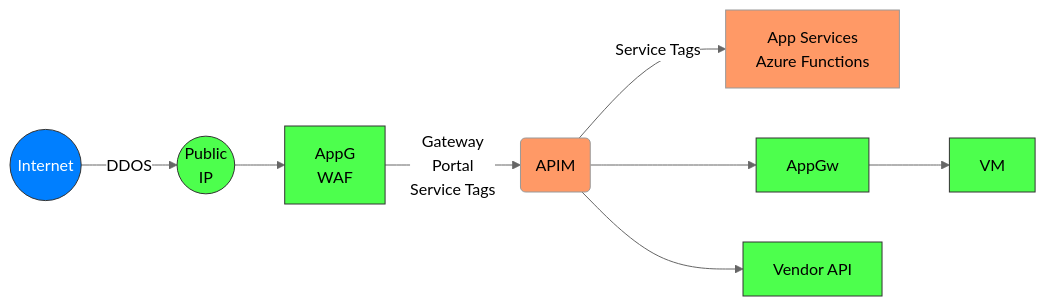
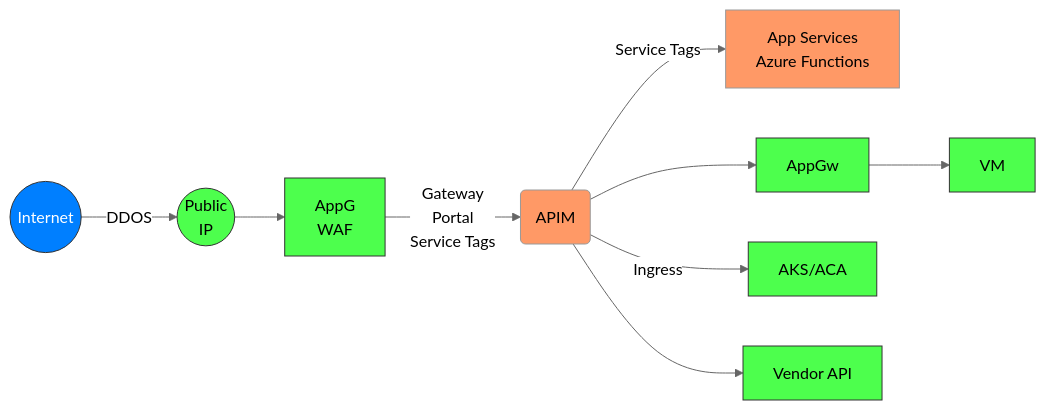
One commit to msalemor/azure-apim-networking changed the second of 2 diagrams in README.md. Above: the diagram before and after it, drawn with Mermaid (neutral theme). The commit also changed other lines of this file, not shown here.

````diff
--- a/README.md
+++ b/README.md
@@ -34,16 +35,17 @@
 ```mermaid
 graph LR;
     A((Internet))--DDOS-->X((Public<br/>IP));
     X-->Z;
     Z[AppG<br/>WAF];
     Z--Gateway<br/>Portal<br/>Service Tags-->B(APIM);
     B--Service Tags-->C[App Services<br/>Azure Functions]
     B-->D[AppGw];
     D-->F[VM];
-    B-->E[Vendor API];
+    B--Ingress-->E[AKS/ACA];
+    B-->G[Vendor API]
     style A fill:#007FFF,stroke:#333,stroke-width:1px,color:#fff;    
     classDef someclass fill:#4DFF4D,stroke:#333,stroke-width:1px,color:black;
-    class Z,D,E,F,X someclass;
+    class Z,D,E,F,X,G someclass;
     classDef someclass1 fill:#f96,color:black;
     class C,B someclass1;
 ```
````
